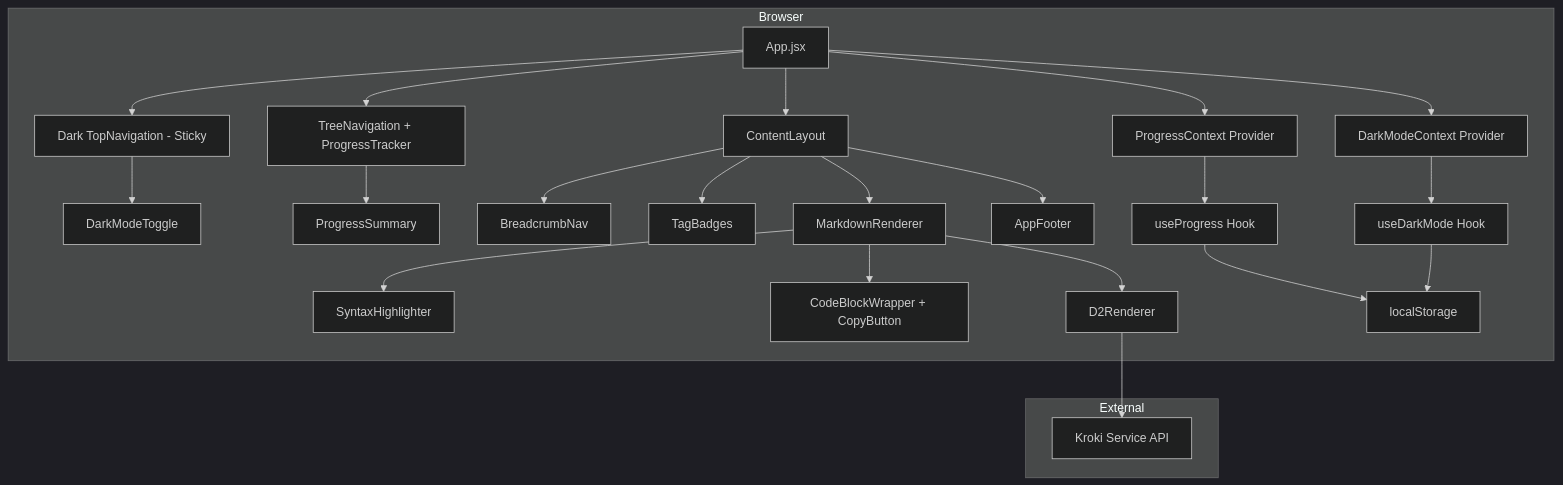
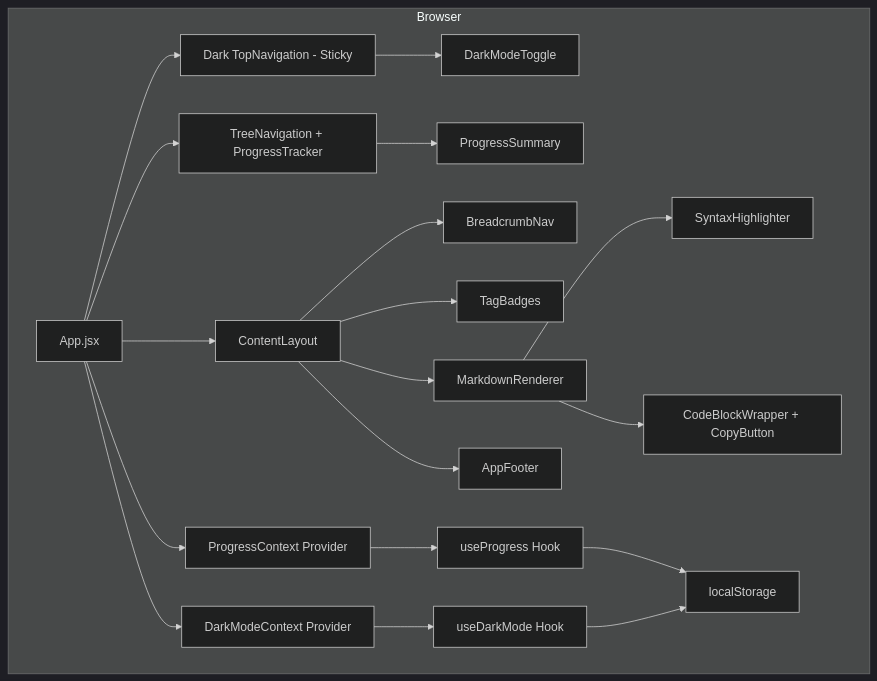
Before and after one commit to k2hdevil/LearningApp-AgentCore: the diagram in .kiro/specs/learning-app-enhancements/design.md, drawn with Mermaid (dark theme). The commit also changed other lines of this file and 29 other files, not shown here.

````diff
--- a/.kiro/specs/learning-app-enhancements/design.md
+++ b/.kiro/specs/learning-app-enhancements/design.md
@@ -21,27 +19,22 @@
 ```mermaid
 graph TD
     subgraph Browser
         A[App.jsx] --> B[Dark TopNavigation - Sticky]
         A --> C[TreeNavigation + ProgressTracker]
         A --> D[ContentLayout]
         B --> B2[DarkModeToggle]
         D --> D1[BreadcrumbNav]
         D --> D2[TagBadges]
         D --> E[MarkdownRenderer]
         E --> F[SyntaxHighlighter]
         E --> G[CodeBlockWrapper + CopyButton]
-        E --> I[D2Renderer]
         C --> J[ProgressSummary]
         A --> K[ProgressContext Provider]
         K --> L[useProgress Hook]
         L --> M[localStorage]
         A --> N1[DarkModeContext Provider]
         N1 --> N2[useDarkMode Hook]
         N2 --> M
         D --> D3[AppFooter]
     end
-    
-    subgraph External
-        I --> N[Kroki Service API]
-    end
 ```
````
